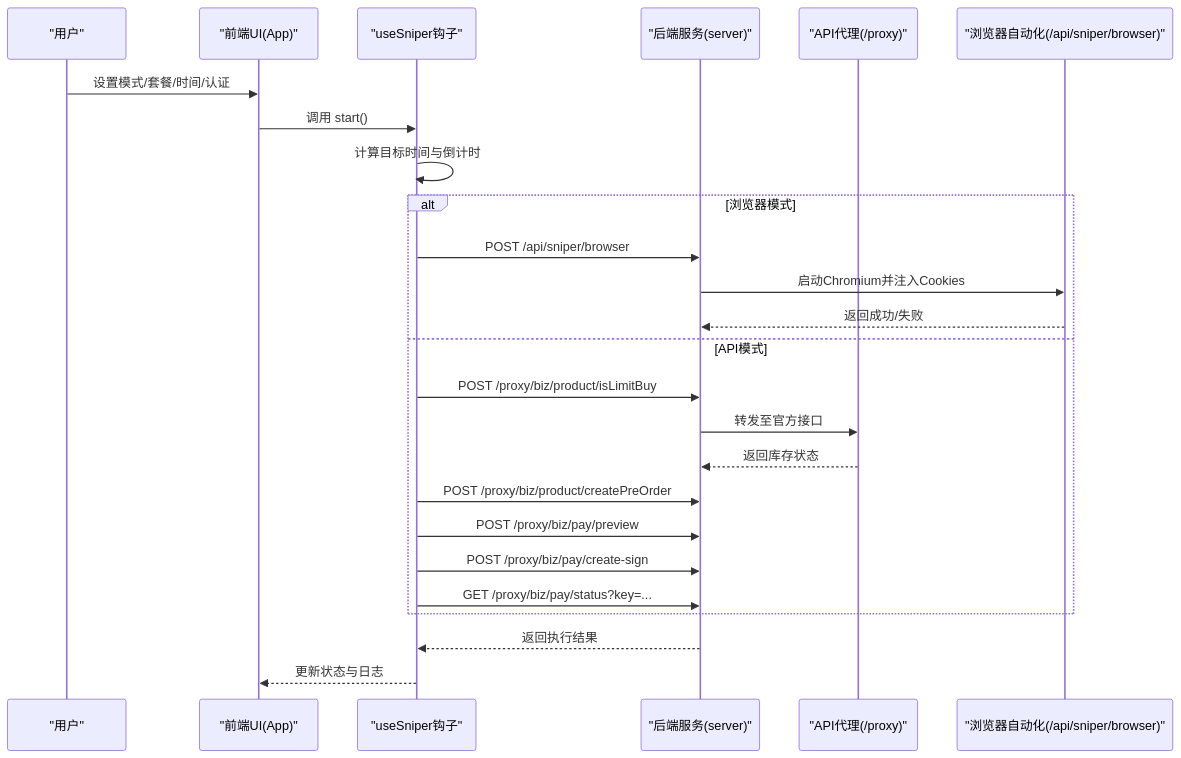
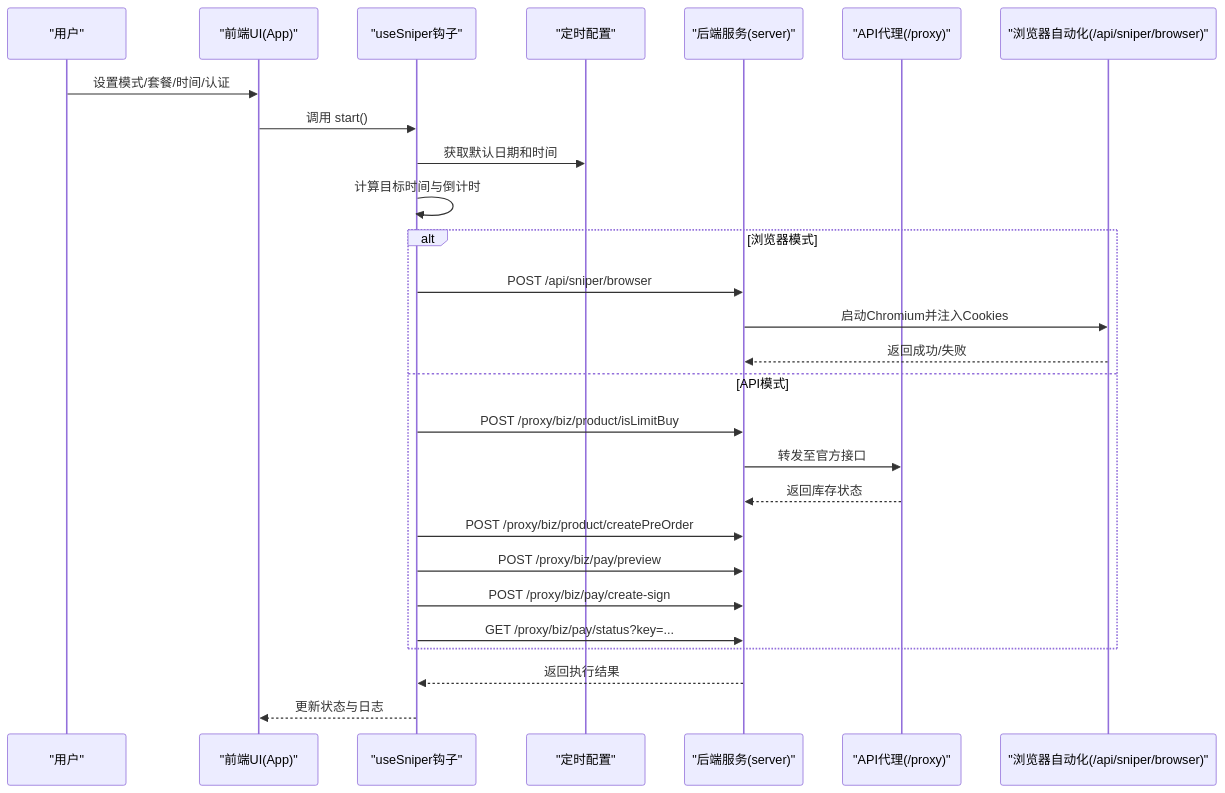
Before and after one commit to 16499259-oss/GLM-sniper: the second of 5 diagrams in .qoder/repowiki/zh/content/抢购模式/抢购模式.md, drawn with Mermaid. The commit also changed other lines of this file and 4 other files, not shown here.

````diff
--- a/.qoder/repowiki/zh/content/抢购模式/抢购模式.md
+++ b/.qoder/repowiki/zh/content/抢购模式/抢购模式.md
@@ -96,27 +112,29 @@
 ```mermaid
 sequenceDiagram
 participant U as "用户"
 participant UI as "前端UI(App)"
 participant Hook as "useSniper钩子"
+participant Timer as "定时配置"
 participant S as "后端服务(server)"
 participant P as "API代理(/proxy)"
 participant B as "浏览器自动化(/api/sniper/browser)"
 U->>UI : 设置模式/套餐/时间/认证
 UI->>Hook : 调用 start()
+Hook->>Timer : 获取默认日期和时间
 Hook->>Hook : 计算目标时间与倒计时
 alt 浏览器模式
 Hook->>S : POST /api/sniper/browser
 S->>B : 启动Chromium并注入Cookies
 B-->>S : 返回成功/失败
 else API模式
 Hook->>S : POST /proxy/biz/product/isLimitBuy
 S->>P : 转发至官方接口
 P-->>S : 返回库存状态
 Hook->>S : POST /proxy/biz/product/createPreOrder
 Hook->>S : POST /proxy/biz/pay/preview
 Hook->>S : POST /proxy/biz/pay/create-sign
 Hook->>S : GET /proxy/biz/pay/status?key=...
 end
 S-->>Hook : 返回执行结果
 Hook-->>UI : 更新状态与日志
 ```
````
